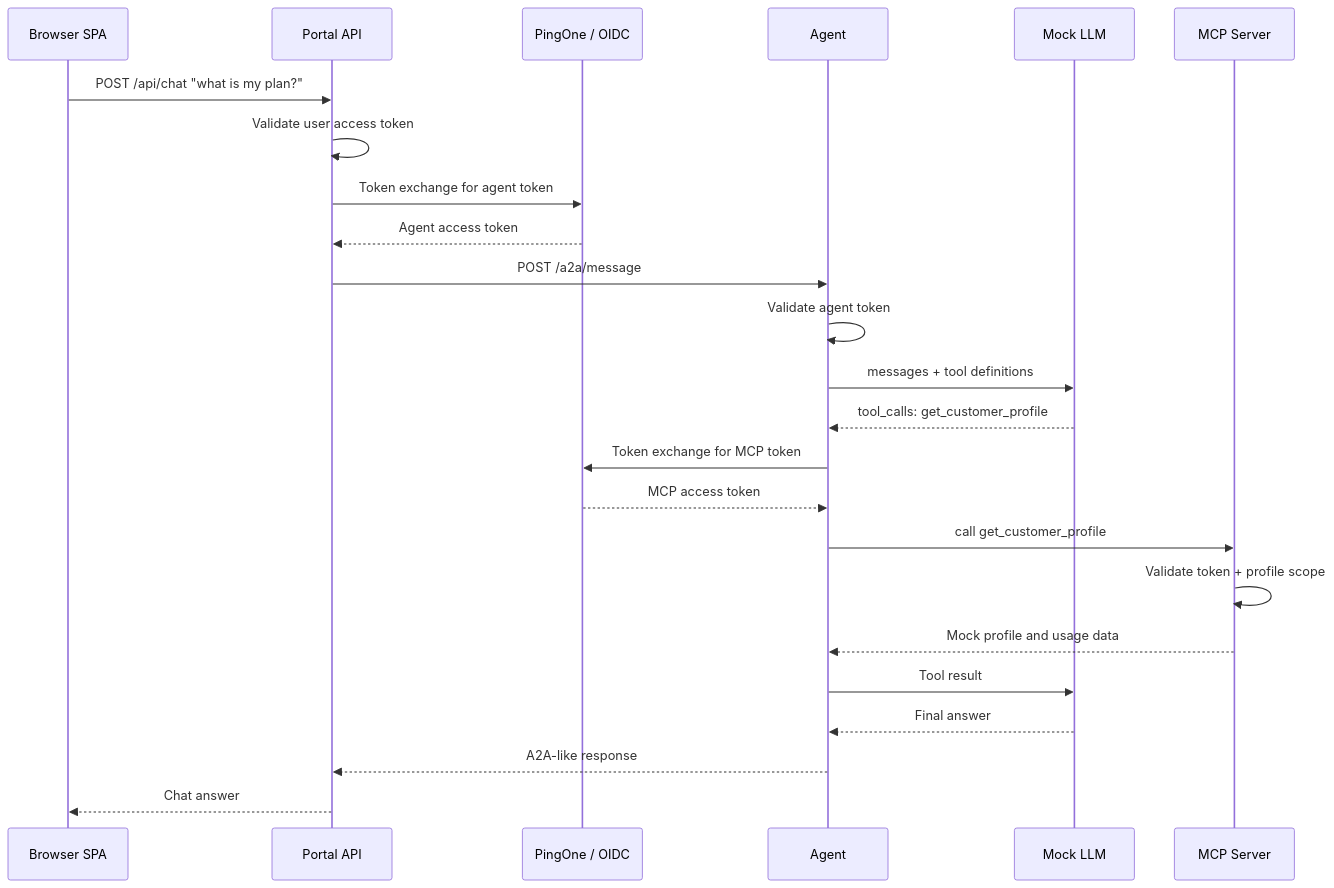
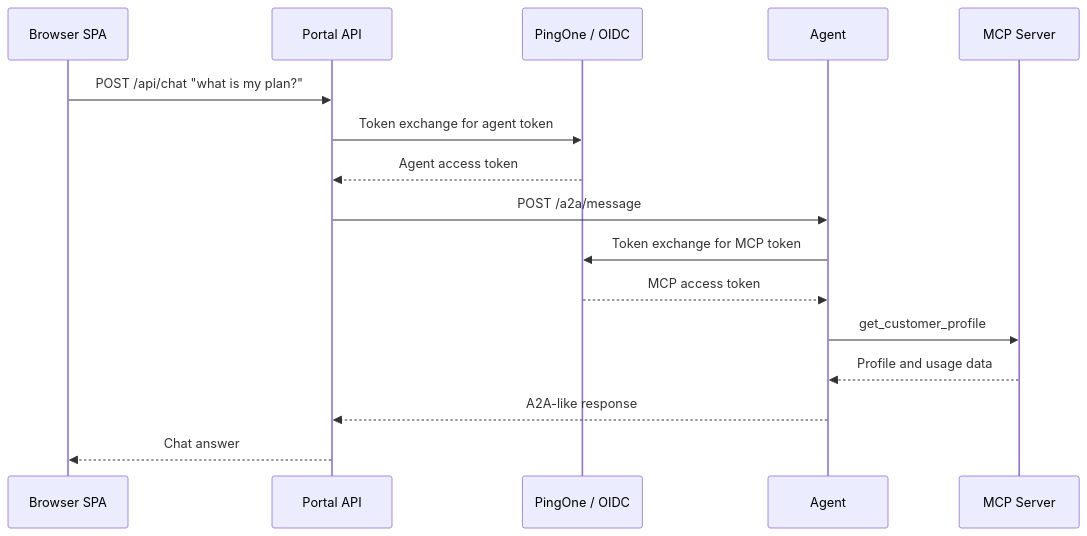
The second of 3 diagrams in README.md (carbonefederico/ai-telco-chatbot), drawn with Mermaid before and after one commit. The commit also changed other lines of this file, not shown here.

Commit message:
Simplify README architecture diagrams

````diff
--- a/README.md
+++ b/README.md
@@ -58,27 +50,19 @@
 ```mermaid
 sequenceDiagram
   participant B as Browser SPA
   participant P as Portal API
   participant I as PingOne / OIDC
   participant A as Agent
-  participant L as Mock LLM
   participant M as MCP Server
 
   B->>P: POST /api/chat "what is my plan?"
-  P->>P: Validate user access token
   P->>I: Token exchange for agent token
   I-->>P: Agent access token
   P->>A: POST /a2a/message
-  A->>A: Validate agent token
-  A->>L: messages + tool definitions
-  L-->>A: tool_calls: get_customer_profile
   A->>I: Token exchange for MCP token
   I-->>A: MCP access token
-  A->>M: call get_customer_profile
-  M->>M: Validate token + profile scope
-  M-->>A: Mock profile and usage data
-  A->>L: Tool result
-  L-->>A: Final answer
+  A->>M: get_customer_profile
+  M-->>A: Profile and usage data
   A-->>P: A2A-like response
   P-->>B: Chat answer
 ```
````
